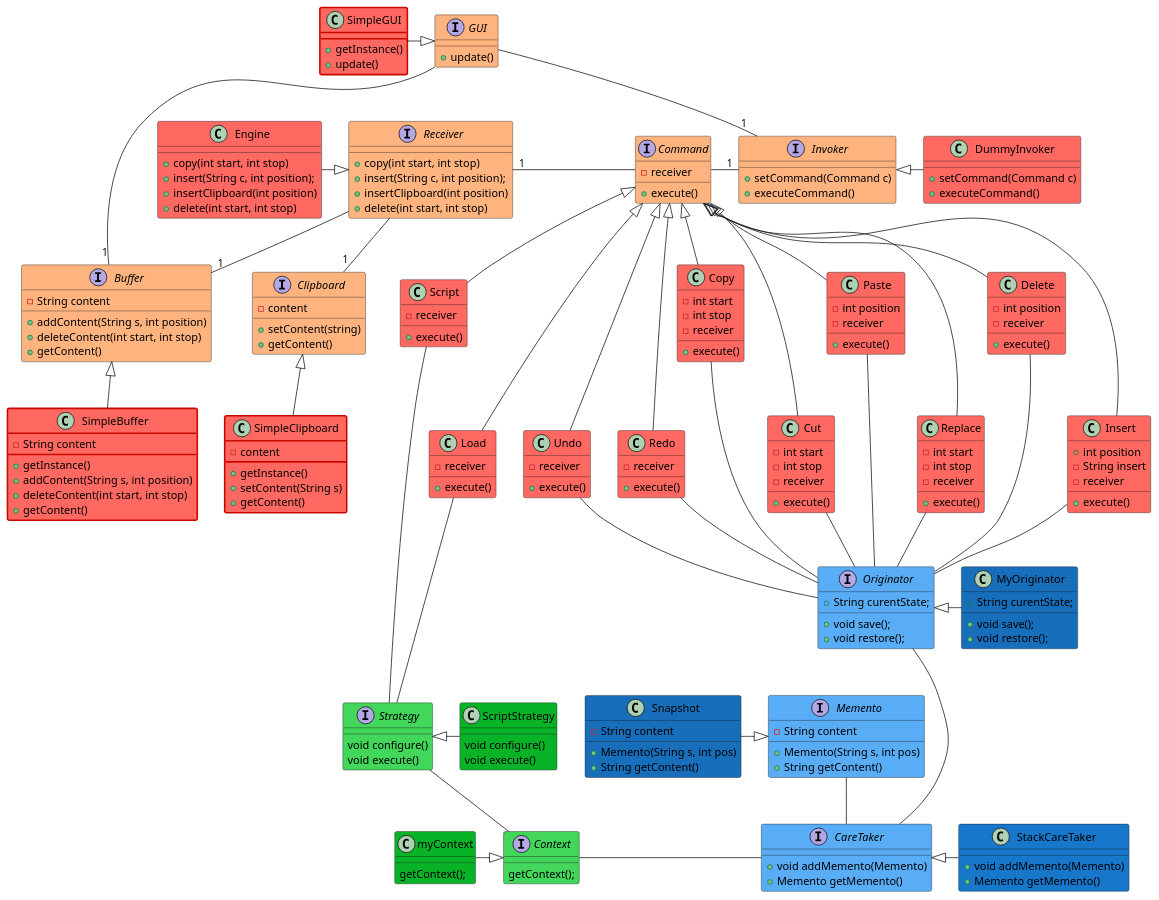
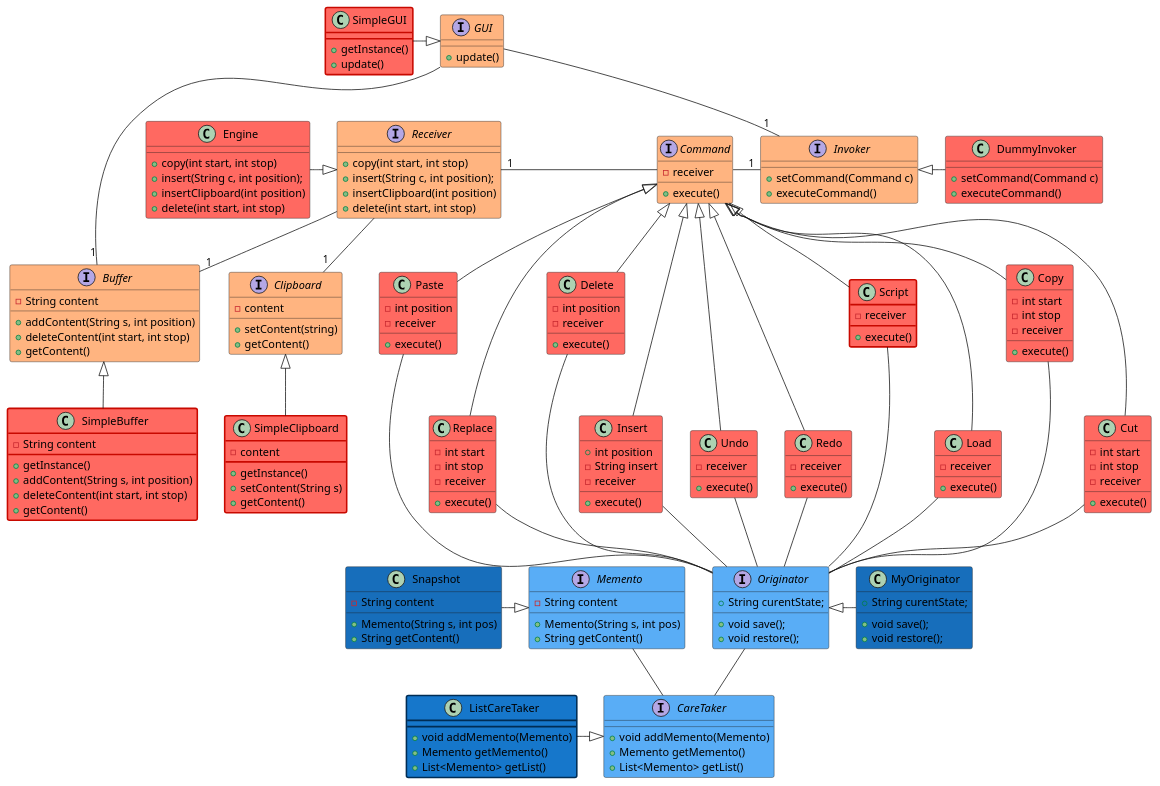
Before and after one commit to Camille-Molinier/text-editor: the diagram in V2/Conception/ClassDiagram.puml, drawn with PlantUML. The commit also changed 2 other files, not shown here.

```diff
--- a/V2/Conception/ClassDiagram.puml
+++ b/V2/Conception/ClassDiagram.puml
@@ -1,6 +1,7 @@
 @startuml
 'https://plantuml.com/class-diagram
-
+'42D65B
+'09B327
 interface GUI #ffb480 {
     + update()
 }
@@ -51,15 +52,7 @@
 interface CareTaker #59adf6 {
     + void addMemento(Memento)
     + Memento getMemento()
-}
-
-interface Strategy #42D65B {
-  void configure()
-  void execute()
-}
-
-interface Context #42D65B {
-  getContext();
+    + List<Memento> getList()
 }
 
 class SimpleGUI #ff6961;line.bold:C80900 {
@@ -125,7 +118,7 @@
     + execute()
 }
 
-class Script #ff6961 {
+class Script #ff6961;line.bold:C80900 {
     - receiver
     + execute()
 }
@@ -168,18 +161,10 @@
     + String getContent()
 }
 
-class StackCareTaker #1677CB {
+class ListCareTaker #1677CB;line.bold:002D55 {
     + void addMemento(Memento)
     + Memento getMemento()
-}
-
-class ScriptStrategy #09B327 {
-    void configure()
-    void execute()
-}
-
-class myContext #09B327 {
-  getContext();
+    + List<Memento> getList()
 }
 
 GUI --- "1"Buffer
@@ -203,13 +188,9 @@
 Insert -- Originator
 Undo -- Originator
 Redo -- Originator
+Script -- Originator
+Load -- Originator
 
-Script --- Strategy
-Load --- Strategy
-
-Strategy -- Context
-
-Context - CareTaker
 CareTaker -up- Originator
 Memento -- CareTaker
 
@@ -230,11 +211,6 @@
 DummyInvoker -left|> Invoker
 
 MyOriginator -left|> Originator
-StackCareTaker -left|> CareTaker
+ListCareTaker -|> CareTaker
 Snapshot -down|> Memento
-
-ScriptStrategy -left-|> Strategy
-myContext -|> Context
-
-
 @enduml
```
